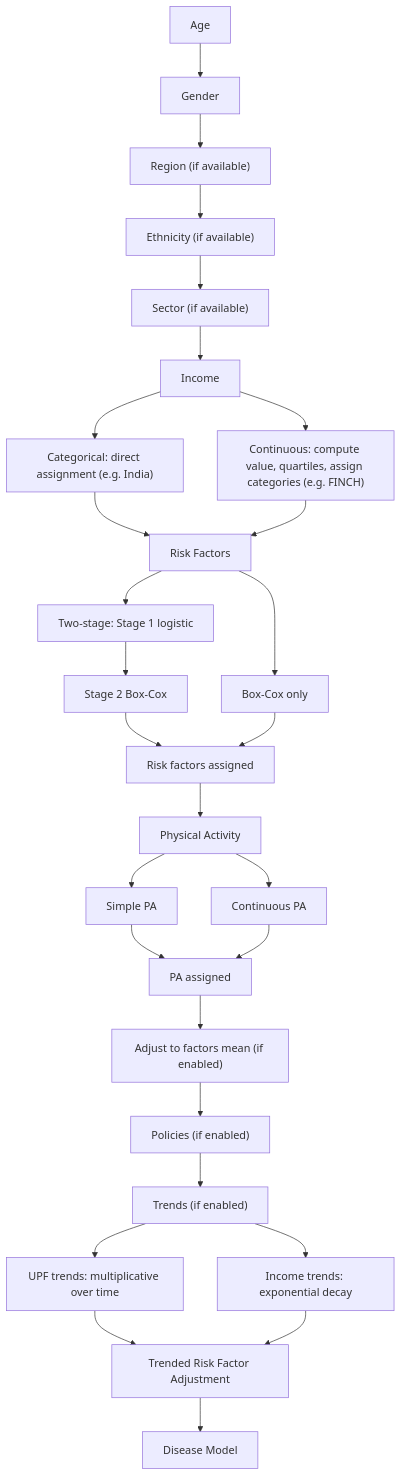
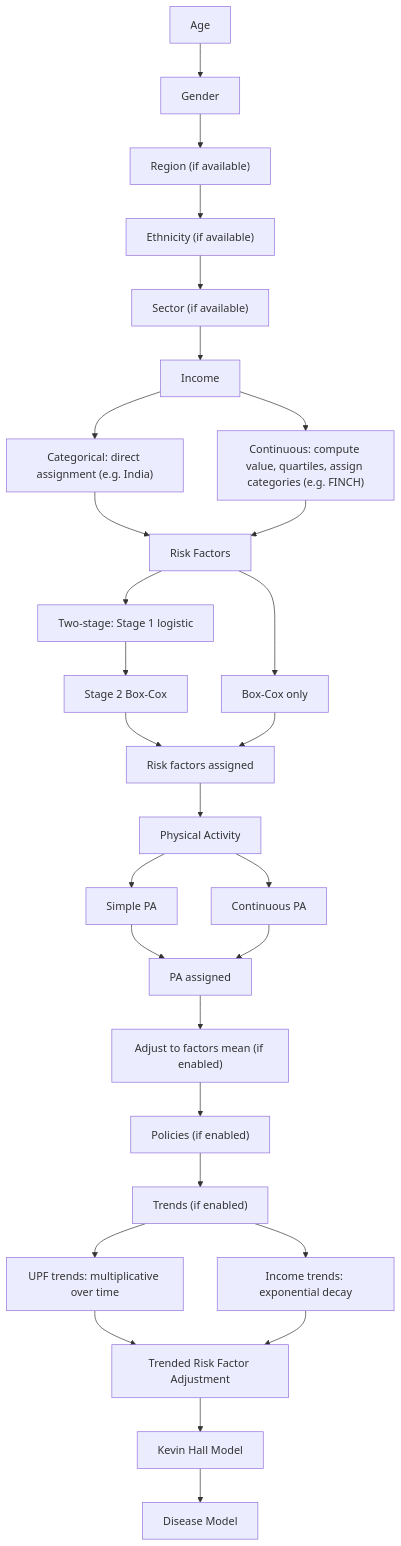
The third of 3 diagrams in README.md (imperialCHEPI/healthgps), drawn with Mermaid before and after one commit. The commit also changed other lines of this file, not shown here.

Commit message:
Update model references and add project notes
Updated model references in the README and added a note about the new feature for validation using age, gender, and income quintiles.

````diff
--- a/README.md
+++ b/README.md
@@ -108,30 +108,31 @@
 ```mermaid
 flowchart TB
     A[Age] --> B[Gender]
     B --> C["Region (if available)"]
     C --> D["Ethnicity (if available)"]
     D --> E["Sector (if available)"]
     E --> F[Income]
     F --> G["Categorical: direct assignment (e.g. India)"]
     F --> H["Continuous: compute value, quartiles, assign categories (e.g. FINCH)"]
     G --> I[Risk Factors]
     H --> I
     I --> I1["Two-stage: Stage 1 logistic"]
     I1 --> I1b["Stage 2 Box-Cox"]
     I --> I2["Box-Cox only"]
     I1b --> RFA
     I2 --> RFA
     RFA["Risk factors assigned"] --> J[Physical Activity]
     J --> J1[Simple PA]
     J --> J2[Continuous PA]
     J1 --> PAD
     J2 --> PAD
     PAD["PA assigned"] --> K["Adjust to factors mean (if enabled)"]
     K --> L["Policies (if enabled)"]
     L --> M["Trends (if enabled)"]
     M --> N["UPF trends: multiplicative over time"]
     M --> O["Income trends: exponential decay"]
     N --> P[Trended Risk Factor Adjustment]
     O --> P
-    P --> Q[Disease Model]
+    P --> Q[Kevin Hall Model]
+    Q --> R[Disease Model]
 ```
````
